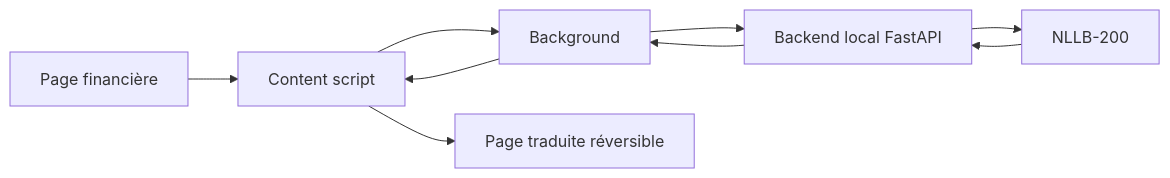
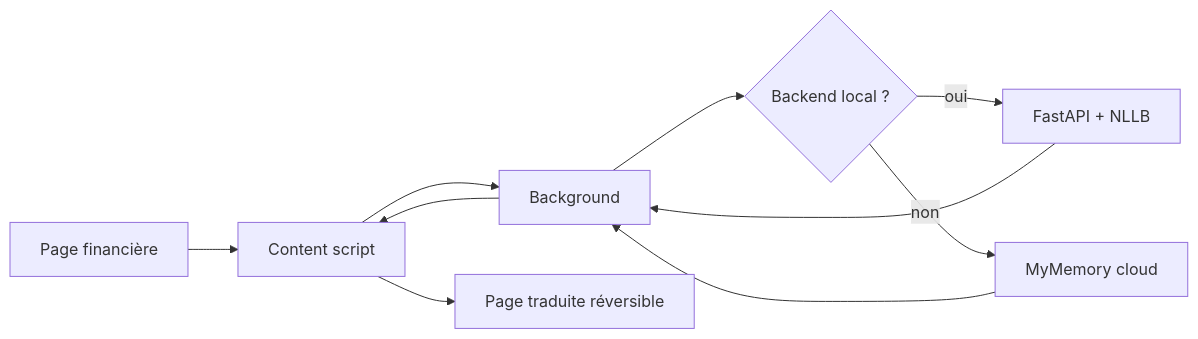
The diagram in README.md (TSEFACKDEV/safinum-nkaplingua), drawn with Mermaid before and after one commit. The commit also changed other lines of this file and 26 other files, not shown here.

````diff
--- a/README.md
+++ b/README.md
@@ -116,11 +138,12 @@
 ```mermaid
 flowchart LR
     A[Page financière] --> B[Content script]
     B --> C[Background]
-    C --> D[Backend local FastAPI]
-    D --> E[NLLB-200]
-    E --> D
-    D --> C
+    C --> D{Backend local ?}
+    D -->|oui| E[FastAPI + NLLB]
+    D -->|non| F[MyMemory cloud]
+    E --> C
+    F --> C
     C --> B
-    B --> F[Page traduite réversible]
+    B --> G[Page traduite réversible]
 ```
````
